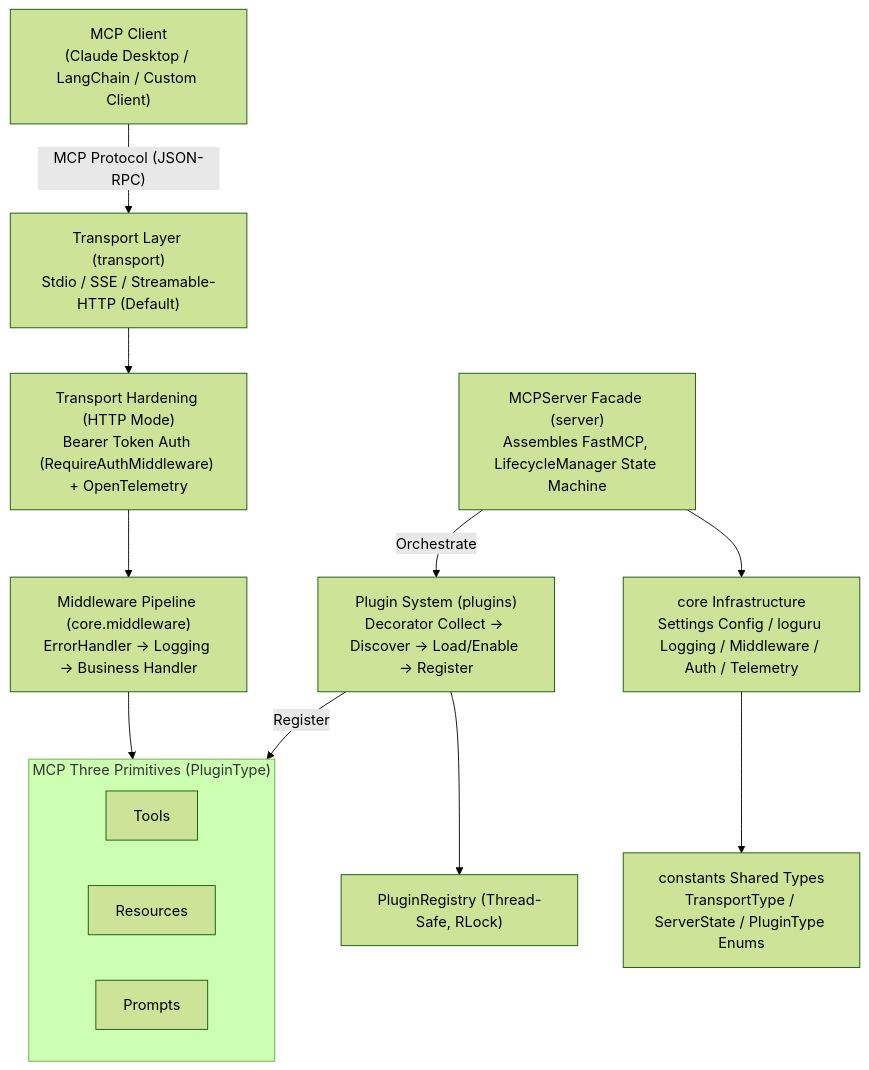
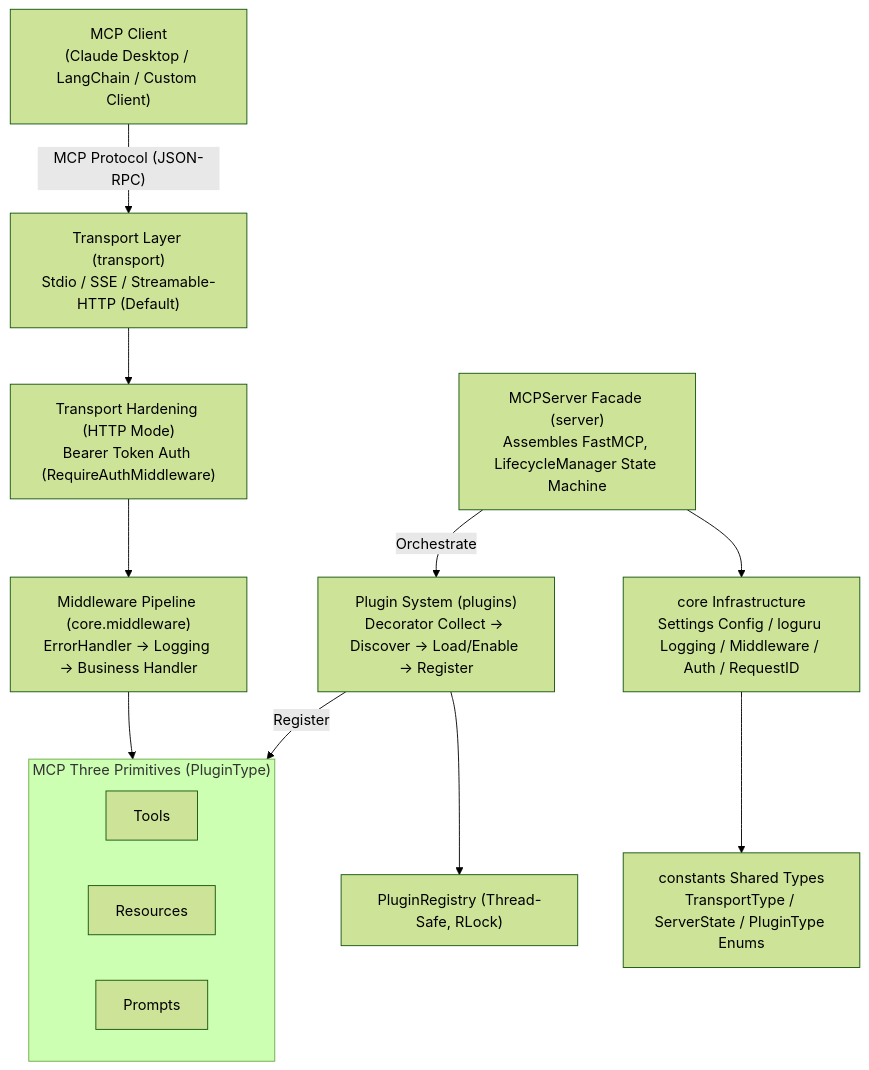
The first of 4 diagrams in README.en.md (chain-engine/x-QiuChi), drawn with Mermaid (forest theme) before and after one commit. The commit also changed other lines of this file and 24 other files, not shown here.

````diff
--- a/README.en.md
+++ b/README.en.md
@@ -381,28 +376,28 @@
 ```mermaid
 flowchart TD
     A["MCP Client<br/>(Claude Desktop / LangChain / Custom Client)"]
     B["Transport Layer (transport)<br/>Stdio / SSE / Streamable-HTTP (Default)"]
-    B1["Transport Hardening (HTTP Mode)<br/>Bearer Token Auth (RequireAuthMiddleware) + OpenTelemetry"]
+    B1["Transport Hardening (HTTP Mode)<br/>Bearer Token Auth (RequireAuthMiddleware)"]
     C["Middleware Pipeline (core.middleware)<br/>ErrorHandler → Logging → Business Handler"]
     subgraph D["MCP Three Primitives (PluginType)"]
         direction LR
         D1["Tools"]
         D2["Resources"]
         D3["Prompts"]
     end
     E["Plugin System (plugins)<br/>Decorator Collect → Discover → Load/Enable → Register"]
     F["PluginRegistry (Thread-Safe, RLock)"]
     G["MCPServer Facade (server)<br/>Assembles FastMCP, LifecycleManager State Machine"]
-    H["core Infrastructure<br/>Settings Config / loguru Logging / Middleware / Auth / Telemetry"]
+    H["core Infrastructure<br/>Settings Config / loguru Logging / Middleware / Auth / RequestID"]
     I["constants Shared Types<br/>TransportType / ServerState / PluginType Enums"]
 
     A -->|"MCP Protocol (JSON-RPC)"| B
     B --> B1
     B1 --> C
     C --> D
     E -->|"Register"| D
     E --> F
     G -->|"Orchestrate"| E
     G --> H
     H --> I
 ```
````
